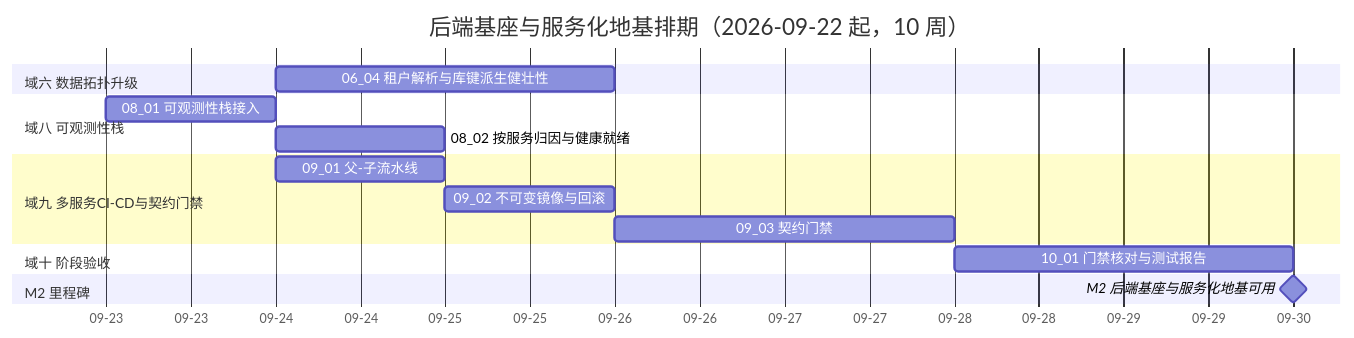
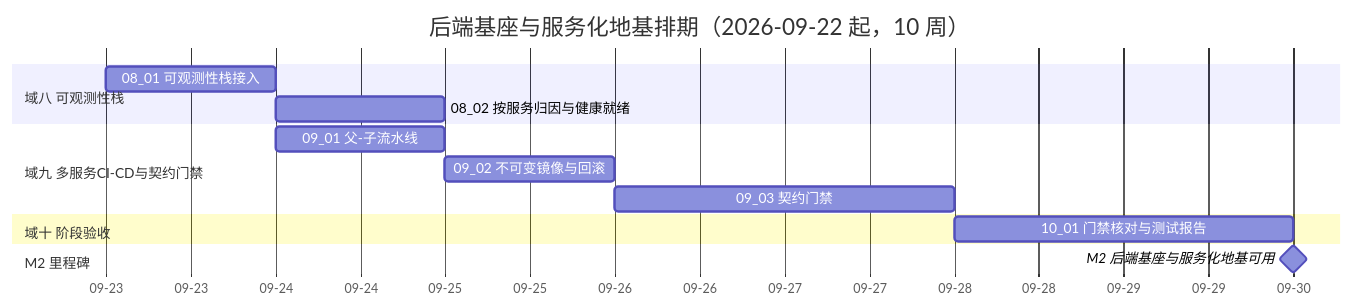
The diagram in bms文档/项目/02_后端基座与服务化地基/计划/01_计划_后端基座与服务化地基.md (minjian123/basic-management-system), drawn with Mermaid before and after one commit. The commit also changed other lines of this file and 10 other files, not shown here.

````diff
--- a/bms文档/项目/02_后端基座与服务化地基/计划/01_计划_后端基座与服务化地基.md
+++ b/bms文档/项目/02_后端基座与服务化地基/计划/01_计划_后端基座与服务化地基.md
@@ -59,19 +59,17 @@
 ```mermaid
 gantt
     title 后端基座与服务化地基排期（2026-09-22 起，10 周）
     dateFormat  YYYY-MM-DD
     axisFormat %m-%d
-    section 域六 数据拓扑升级
-    06_04 租户解析与库键派生健壮性 :a0604, 2026-09-24, 2d
     section 域八 可观测性栈
     08_01 可观测性栈接入 :a0801, 2026-09-23, 1d
     08_02 按服务归因与健康就绪 :a0802, 2026-09-24, 1d
     section 域九 多服务CI-CD与契约门禁
     09_01 父-子流水线 :a0901, 2026-09-24, 1d
     09_02 不可变镜像与回滚 :a0902, after a0901, 1d
     09_03 契约门禁 :a0903, after a0902, 2d
     section 域十 阶段验收
     10_01 门禁核对与测试报告 :a1001, after a0903, 2d
     section M2 里程碑
     M2 后端基座与服务化地基可用 :milestone, mm2, after a1001, 0d
 ```
````
